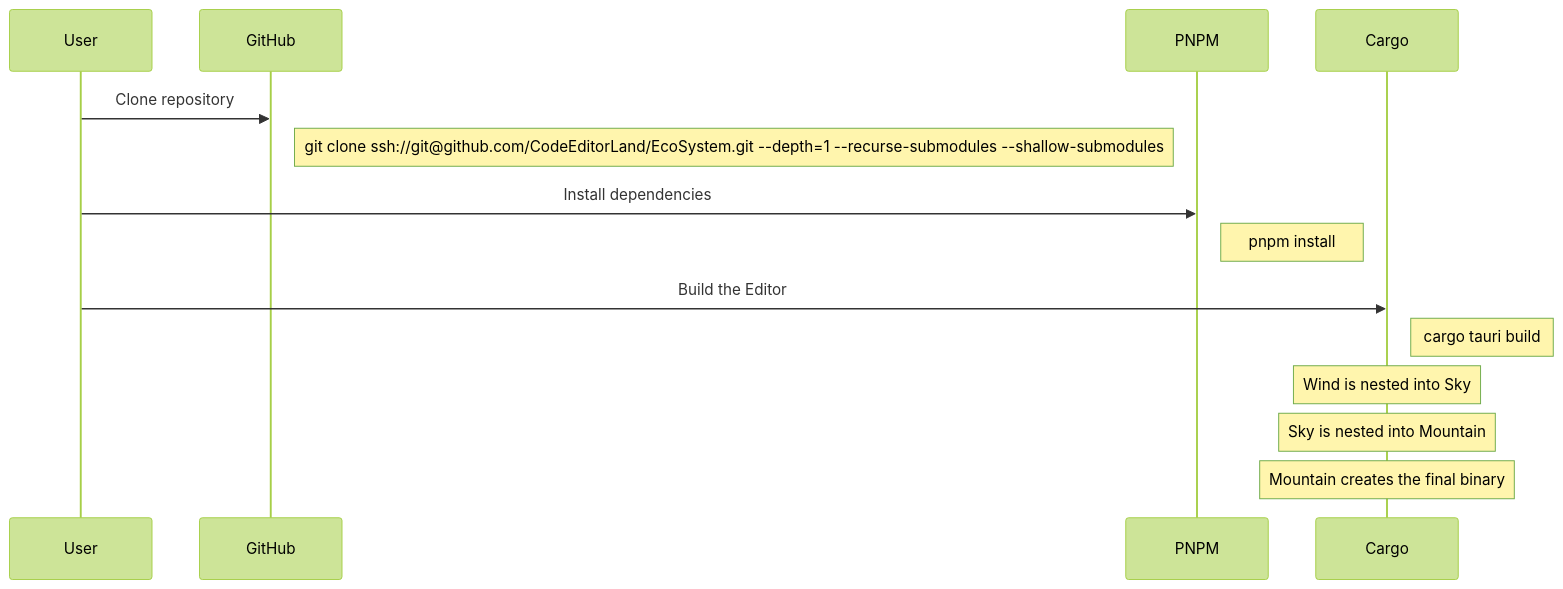
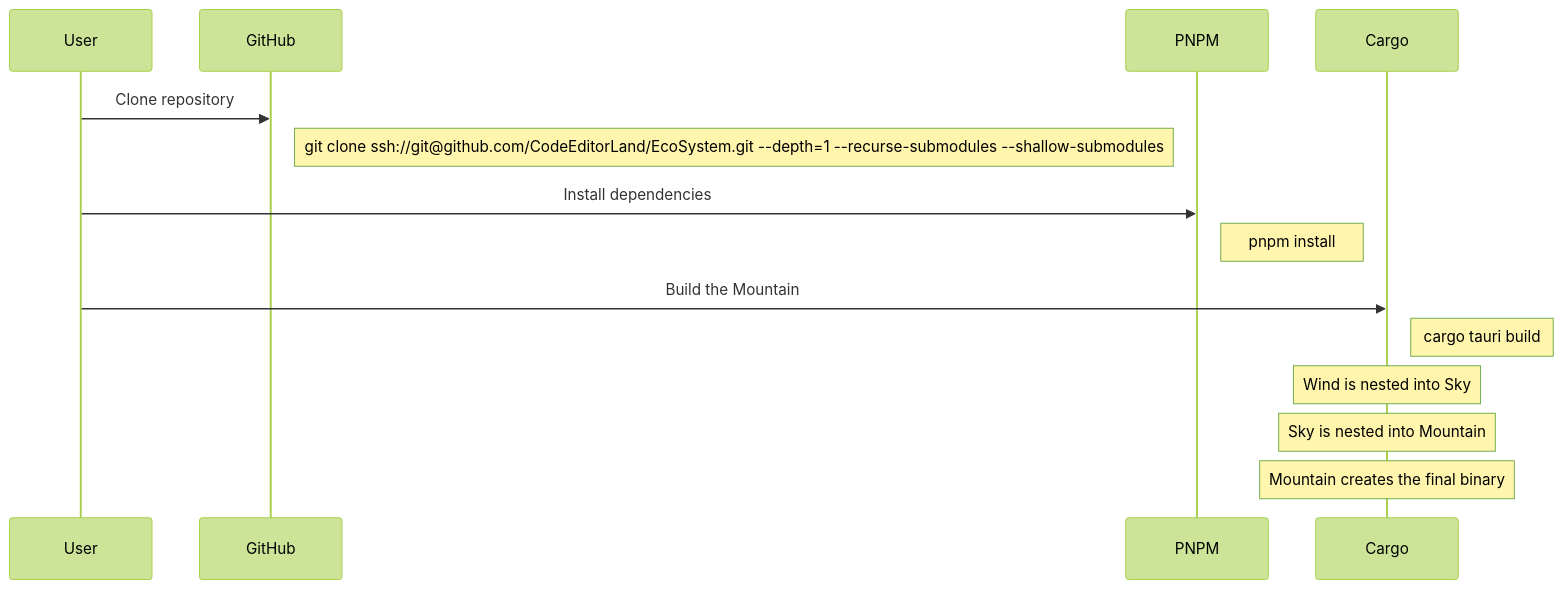
Before and after one commit to NikolaRHristov/WebSite: the second of 2 diagrams in Source/pages/Raw/Readme/CodeEditorLand/EcoSystem/README.md, drawn with Mermaid (forest theme).

````diff
--- a/Source/pages/Raw/Readme/CodeEditorLand/EcoSystem/README.md
+++ b/Source/pages/Raw/Readme/CodeEditorLand/EcoSystem/README.md
@@ -99,20 +99,20 @@
 ```mermaid
 sequenceDiagram
     participant User
     participant GitHub
     participant PNPM
     participant Cargo
 
     User->>GitHub: Clone repository
     Note right of GitHub: git clone ssh://git@github.com/CodeEditorLand/EcoSystem.git --depth=1 --recurse-submodules --shallow-submodules
 
     User->>PNPM: Install dependencies
     Note right of PNPM: pnpm install
 
-    User->>Cargo: Build the Editor
+    User->>Cargo: Build the Mountain
     Note right of Cargo: cargo tauri build
 
     Note over Cargo: Wind is nested into Sky
     Note over Cargo: Sky is nested into Mountain
     Note over Cargo: Mountain creates the final binary
 ```
````
